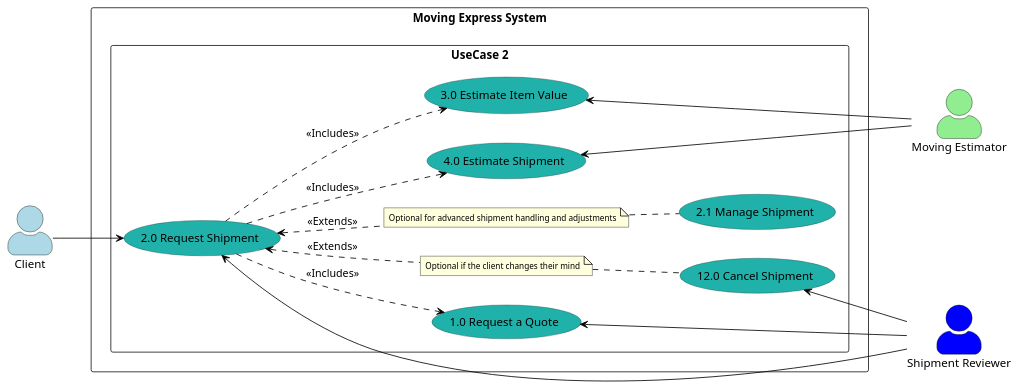
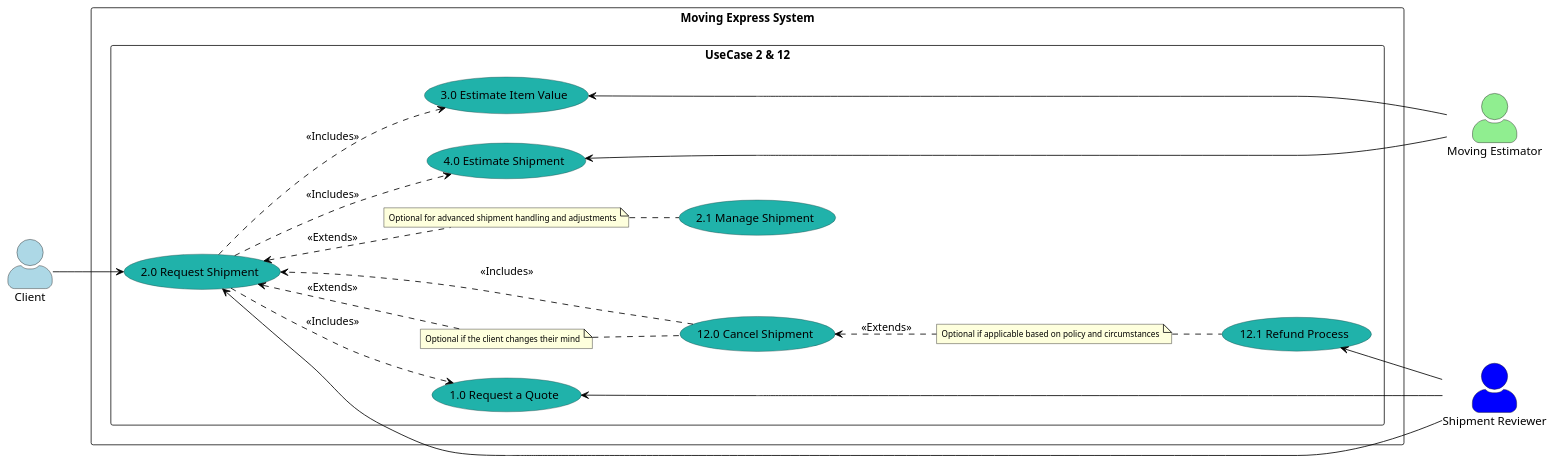
The second of 2 diagrams in Diagrams/UseCaseDiagrams/LoweLevel/UC2.puml (nic5694/MovingExpress), drawn with PlantUML before and after one commit. The commit also changed 4 other files, not shown here.

```diff
--- a/Diagrams/UseCaseDiagrams/LoweLevel/UC2.puml
+++ b/Diagrams/UseCaseDiagrams/LoweLevel/UC2.puml
@@ -58,57 +58,60 @@
 @startuml
 
 left to right direction
 skinparam actorStyle awesome
 
 skinparam note {
  FontSize 10
 }
 skinparam usecase {
    BackgroundColor DarkSeaGreen
    BorderColor DarkSlateGray
    ArrowColor Black
    ActorBorderColor black
    ActorBackgroundColor<< Human >> Gold
 }
 
 actor Client as "Client" #LightBlue
 actor "Moving Estimator" as MovingEstimator #LightGreen
 actor "Shipment Reviewer" as ShipmentReviewer #Blue
 
 rectangle "Moving Express System" {
-   rectangle "UseCase 2" {
+   rectangle "UseCase 2 & 12" {
      usecase "1.0 Request a Quote" as UC1 #LightSeaGreen
      usecase "3.0 Estimate Item Value" as UC3 #LightSeaGreen
      usecase "4.0 Estimate Shipment" as UC4 #LightSeaGreen
      usecase "2.0 Request Shipment" as UC2 #LightSeaGreen
      usecase "12.0 Cancel Shipment" as UC12 #LightSeaGreen
      usecase "2.1 Manage Shipment" as UC2_1 #LightSeaGreen
+     usecase "12.1 Refund Process" as UC12_1 #LightSeaGreen
 
      note "Optional if the client changes their mind" as N1
      note "Optional for advanced shipment handling and adjustments" as N2
+     note "Optional if applicable based on policy and circumstances" as N3
    }
 }
 
 Client --> UC2
 
-
-UC4 <-- MovingEstimator
+UC4 <----- MovingEstimator
 UC3 <--- MovingEstimator
 
 UC1 <-- ShipmentReviewer
-UC12 <-- ShipmentReviewer
+UC12_1 <-- ShipmentReviewer
 UC2 <---- ShipmentReviewer
-
-
 
 UC2 ..> UC1 : <<Includes>>
 UC2 ..> UC3 : <<Includes>>
 UC2 ..> UC4 : <<Includes>>
 
 UC2 <.. N1 : <<Extends>>
 N1 .. (UC12)
 
 UC2 <.. N2 : <<Extends>>
 N2 .. (UC2_1)
 
+UC12 ..> UC2 : <<Includes>>
+UC12 <.. N3 : <<Extends>>
+N3 .. (UC12_1)
+
 @enduml
```
